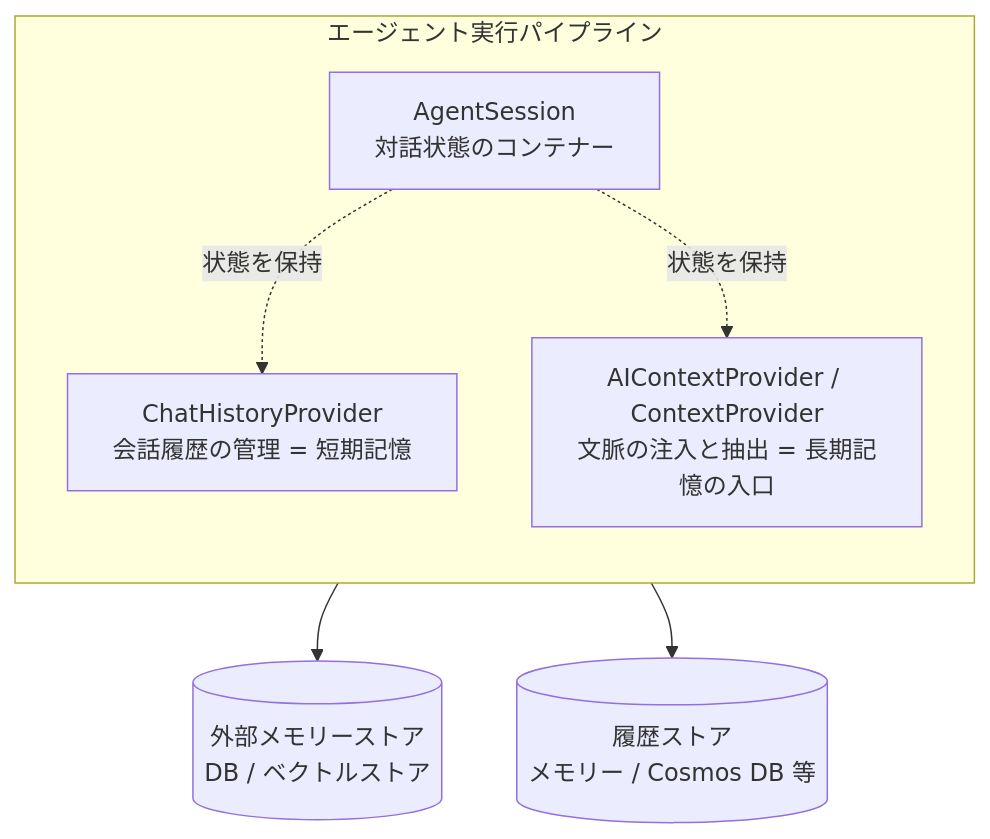
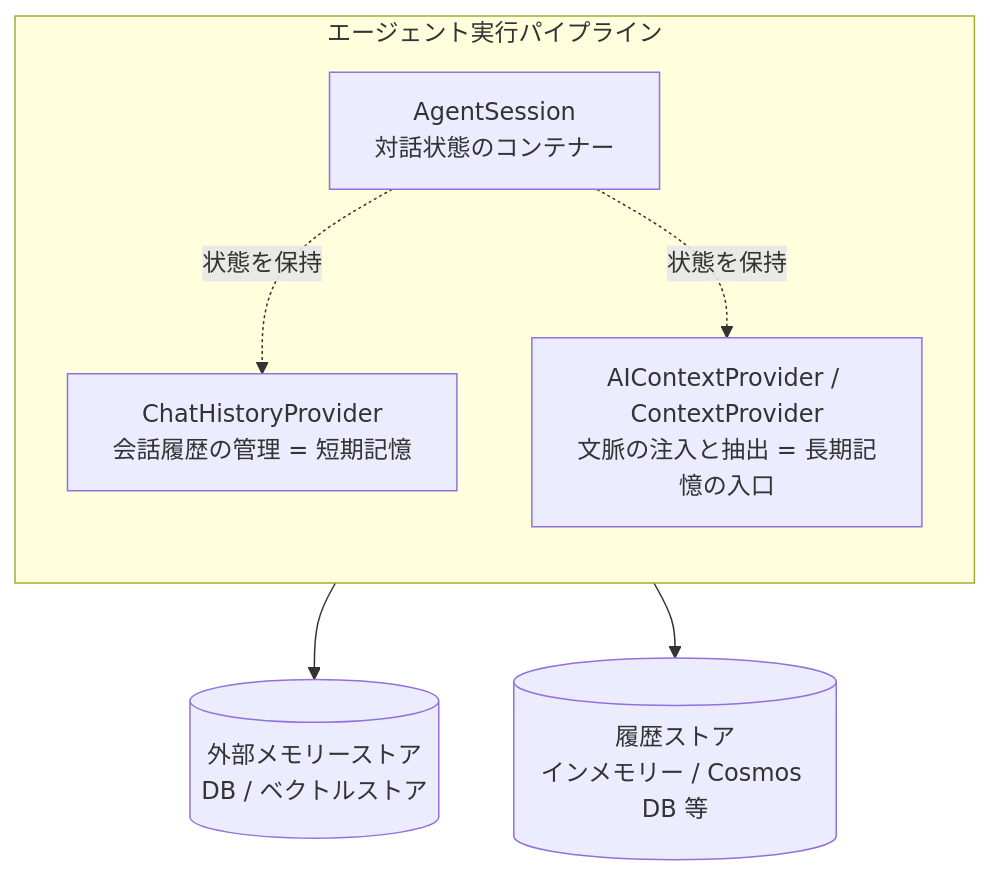
One commit to yoichiozaki/yoichiozaki.github.io changed the fourth of 5 diagrams in content/blog/ja/agent-memory.mdx. Above: the diagram before and after it, drawn with Mermaid. The commit also changed other lines of this file and 220 other files, not shown here.

````diff
--- a/content/blog/ja/agent-memory.mdx
+++ b/content/blog/ja/agent-memory.mdx
@@ -185,13 +185,13 @@
 ```mermaid
 graph TB
     subgraph Agent[エージェント実行パイプライン]
         direction TB
         SESSION[AgentSession<br/>対話状態のコンテナー]
         HIST[ChatHistoryProvider<br/>会話履歴の管理 = 短期記憶]
         CTX[AIContextProvider / ContextProvider<br/>文脈の注入と抽出 = 長期記憶の入口]
     end
     SESSION -.状態を保持.-> HIST
     SESSION -.状態を保持.-> CTX
     CTX --> STORE[(外部メモリーストア<br/>DB / ベクトルストア)]
-    HIST --> STORE2[(履歴ストア<br/>メモリー / Cosmos DB 等)]
+    HIST --> STORE2[(履歴ストア<br/>インメモリー / Cosmos DB 等)]
 ```
````
